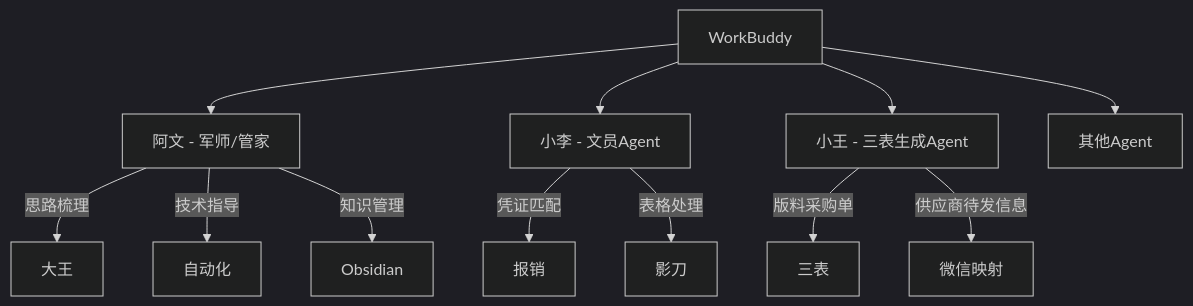
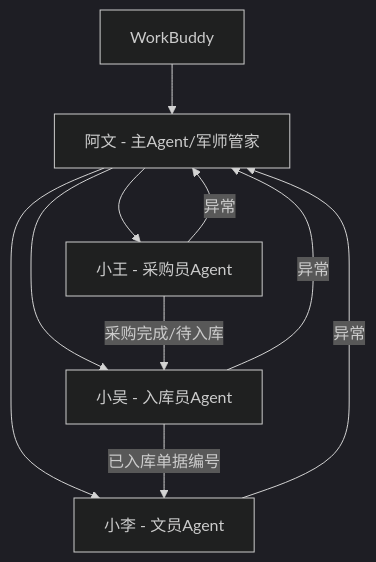
Before and after one commit to wangguo-ai/patpat: the diagram in 系统/WorkBuddy系统.md, drawn with Mermaid (dark theme). The commit also changed other lines of this file and 10 other files, not shown here.

````diff
--- a/系统/WorkBuddy系统.md
+++ b/系统/WorkBuddy系统.md
@@ -9,17 +9,14 @@
 ```mermaid
 flowchart TD
-    WB[WorkBuddy] --> AW[阿文 - 军师/管家]
-    WB --> XL[小李 - 文员Agent]
-    WB --> XW[小王 - 三表生成Agent]
-    WB --> QT[其他Agent]
-    
-    AW --> |思路梳理| 大王
-    AW --> |技术指导| 自动化
-    AW --> |知识管理| Obsidian
-    
-    XL --> |凭证匹配| 报销
-    XL --> |表格处理| 影刀
+    WB[WorkBuddy] --> AW[阿文 - 主Agent/军师管家]
+    AW --> XW[小王 - 采购员Agent]
+    AW --> XWU[小吴 - 入库员Agent]
+    AW --> XL[小李 - 文员Agent]
 
-    XW --> |版料采购单| 三表
-    XW --> |供应商待发信息| 微信映射
+    XW -->|采购完成/待入库| XWU
+    XWU -->|已入库单据编号| XL
+
+    XW -->|异常| AW
+    XWU -->|异常| AW
+    XL -->|异常| AW
 ```
````
